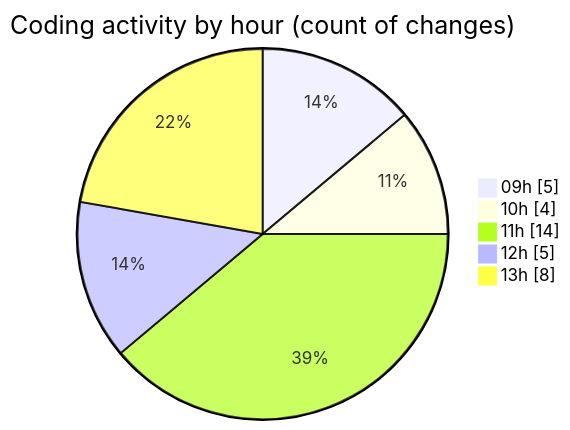
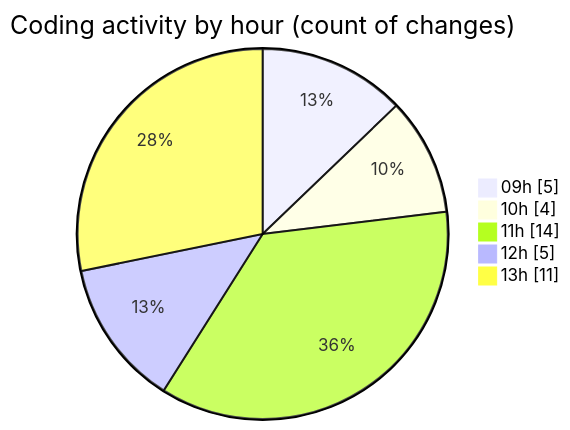
Before and after one commit to momahboobian/code-tracking: the second of 2 diagrams in 2025-09-11/cda/README.md, drawn with Mermaid. The commit also changed other lines of this file and 1 other file, not shown here.

````diff
--- a/2025-09-11/cda/README.md
+++ b/2025-09-11/cda/README.md
@@ -38,9 +38,9 @@
 ```mermaid
 pie showData
 title Coding activity by hour (count of changes)
 "09h" : 5
 "10h" : 4
 "11h" : 14
 "12h" : 5
-"13h" : 8
+"13h" : 11
 ```
````
